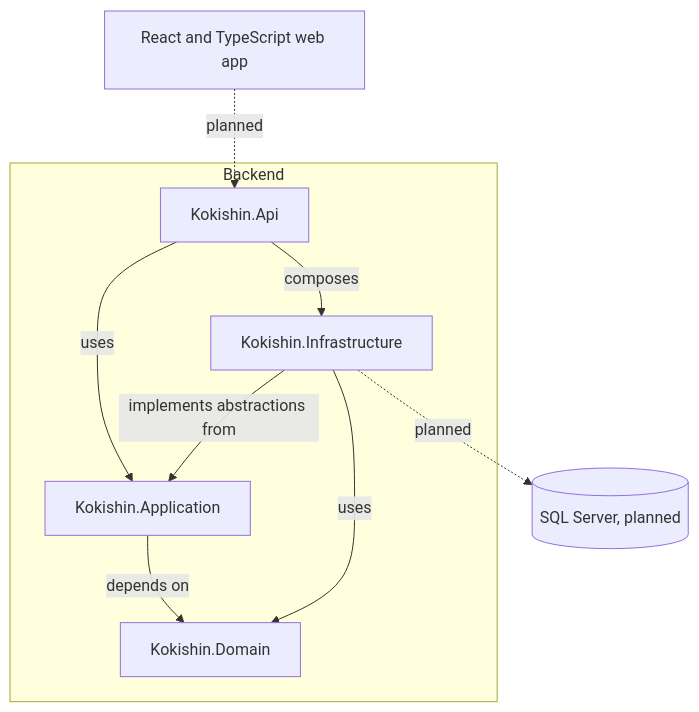
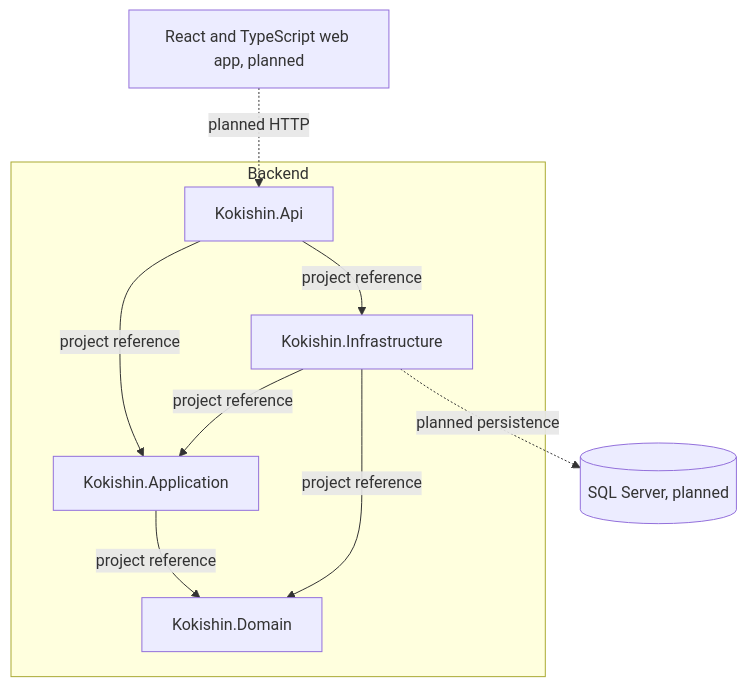
One commit to ithas2bee/Kokishin changed the diagram in docs/uml/component-diagram.md. Above: the diagram before and after it, drawn with Mermaid. The commit also changed other lines of this file and 1 other file, not shown here.

Commit message:
Clarify backend architecture documentation

````diff
--- a/docs/uml/component-diagram.md
+++ b/docs/uml/component-diagram.md
@@ -7,18 +7,18 @@
 ```mermaid
 flowchart TB
-    Browser[React and TypeScript web app] -. planned .-> API
+    Browser[React and TypeScript web app, planned] -. planned HTTP .-> API
     subgraph Backend
         API[Kokishin.Api]
         Application[Kokishin.Application]
         Domain[Kokishin.Domain]
         Infrastructure[Kokishin.Infrastructure]
     end
     Database[(SQL Server, planned)]
 
-    API -->|uses| Application
-    API -->|composes| Infrastructure
-    Application -->|depends on| Domain
-    Infrastructure -->|implements abstractions from| Application
-    Infrastructure -->|uses| Domain
-    Infrastructure -. planned .-> Database
+    API -->|project reference| Application
+    API -->|project reference| Infrastructure
+    Application -->|project reference| Domain
+    Infrastructure -->|project reference| Application
+    Infrastructure -->|project reference| Domain
+    Infrastructure -. planned persistence .-> Database
 ```
````
